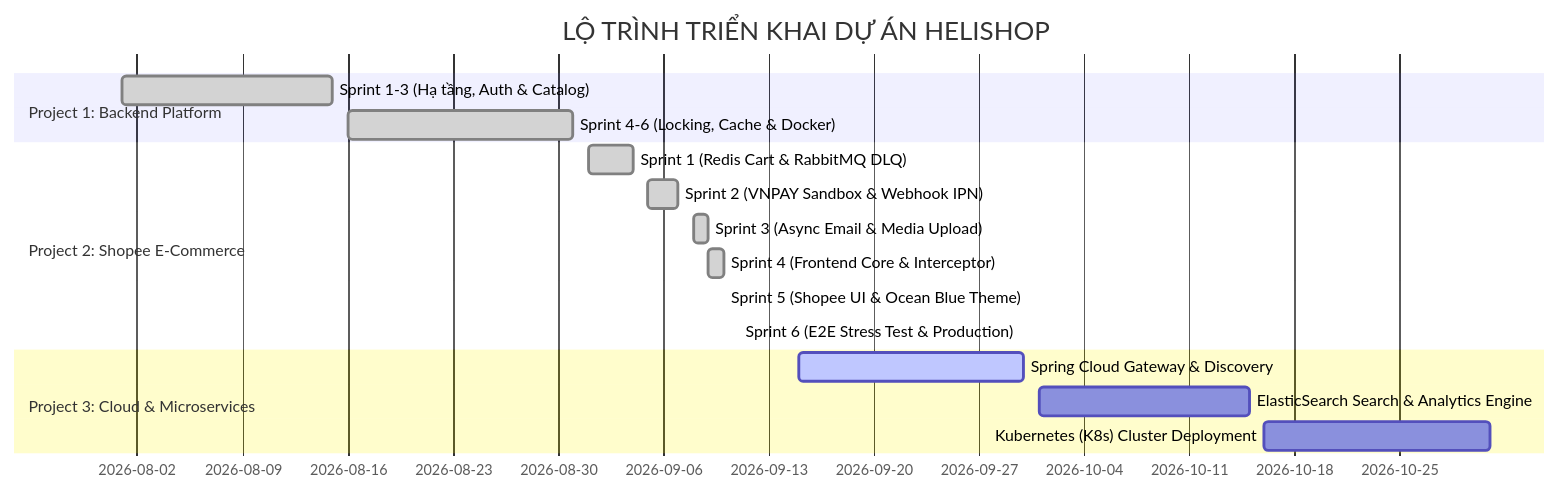
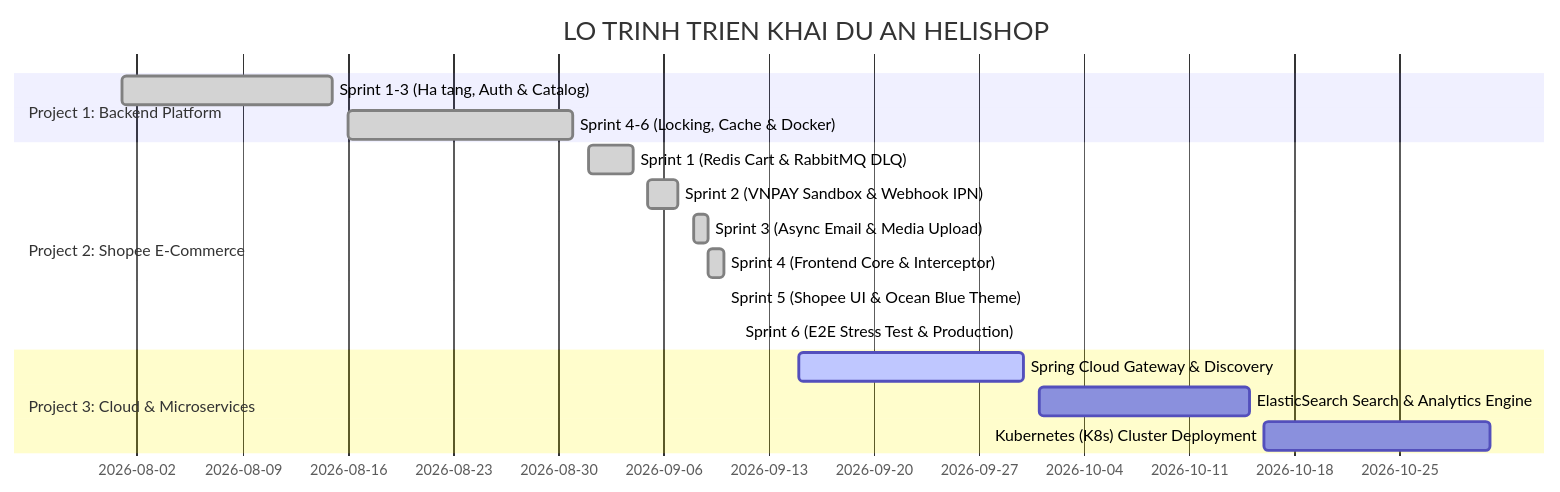
Before and after one commit to vass05/ShopBanHangOnline: the fourth of 4 diagrams in README.md, drawn with Mermaid. The commit also changed other lines of this file, not shown here.

````diff
--- a/README.md
+++ b/README.md
@@ -468,19 +466,19 @@
 ```mermaid
 gantt
-    title LỘ TRÌNH TRIỂN KHAI DỰ ÁN HELISHOP
+    title LO TRINH TRIEN KHAI DU AN HELISHOP
     dateFormat  YYYY-MM-DD
     section Project 1: Backend Platform
-    Sprint 1-3 (Hạ tầng, Auth & Catalog)    :done, p1_1, 2026-08-01, 2026-08-15
+    Sprint 1-3 (Ha tang, Auth & Catalog)    :done, p1_1, 2026-08-01, 2026-08-15
     Sprint 4-6 (Locking, Cache & Docker)    :done, p1_2, 2026-08-16, 2026-08-31
     section Project 2: Shopee E-Commerce
     Sprint 1 (Redis Cart & RabbitMQ DLQ)    :done, p2_1, 2026-09-01, 2026-09-04
     Sprint 2 (VNPAY Sandbox & Webhook IPN)  :done, p2_2, 2026-09-05, 2026-09-07
     Sprint 3 (Async Email & Media Upload)   :done, p2_3, 2026-09-08, 2026-09-09
     Sprint 4 (Frontend Core & Interceptor)  :done, p2_4, 2026-09-09, 2026-09-10
     Sprint 5 (Shopee UI & Ocean Blue Theme) :done, p2_5, 2026-09-10, 2026-09-10
     Sprint 6 (E2E Stress Test & Production) :done, p2_6, 2026-09-11, 2026-09-11
     section Project 3: Cloud & Microservices
     Spring Cloud Gateway & Discovery        :active, p3_1, 2026-09-15, 2026-09-30
     ElasticSearch Search & Analytics Engine :p3_2, 2026-10-01, 2026-10-15
     Kubernetes (K8s) Cluster Deployment     :p3_3, 2026-10-16, 2026-10-31
 ```
````
